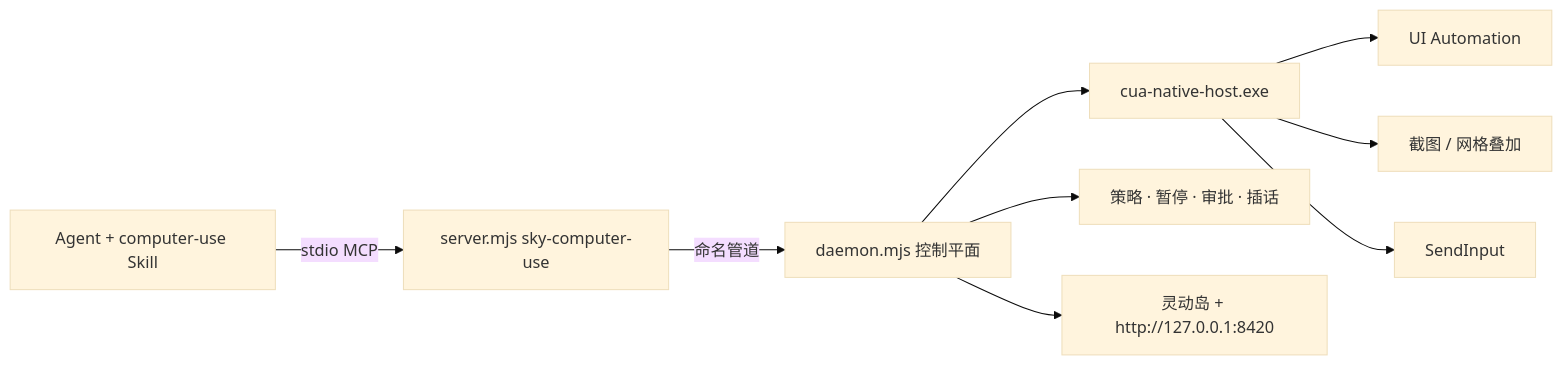
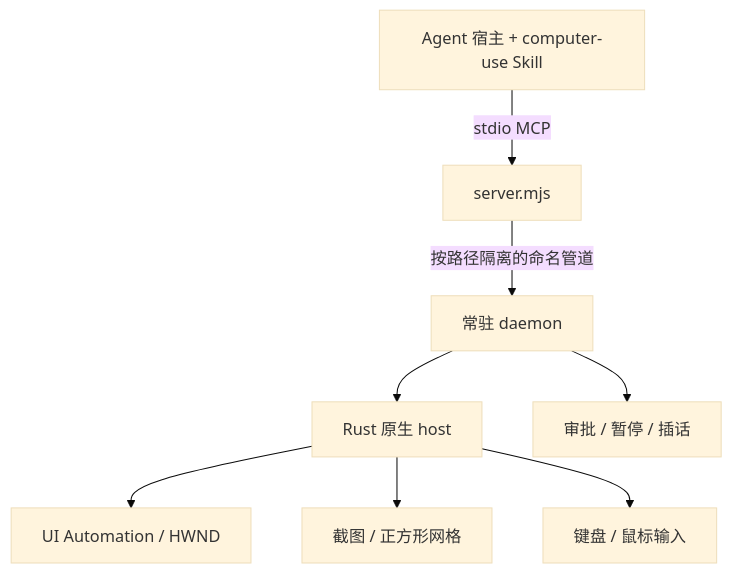
The diagram in README_zh.md (Guojiz/FastCUA), drawn with Mermaid (base theme) before and after one commit. The commit also changed other lines of this file and 22 other files, not shown here.

First line of the commit message:
docs: consolidate FastCUA and align product architecture (#5)

````diff
--- a/README_zh.md
+++ b/README_zh.md
@@ -76,11 +37,10 @@
 ```mermaid
-flowchart LR
-  A["Agent + computer-use Skill"] -->|"stdio MCP"| B["server.mjs sky-computer-use"]
-  B -->|"命名管道"| C["daemon.mjs 控制平面"]
-  C --> D["cua-native-host.exe"]
-  D --> E["UI Automation"]
-  D --> F["截图 / 网格叠加"]
-  D --> G["SendInput"]
-  C --> H["策略 · 暂停 · 审批 · 插话"]
-  C --> I["灵动岛 + http://127.0.0.1:8420"]
+flowchart TB
+  A["Agent 宿主 + computer-use Skill"] -->|"stdio MCP"| B["server.mjs"]
+  B -->|"按路径隔离的命名管道"| C["常驻 daemon"]
+  C --> D["Rust 原生 host"]
+  D --> E["UI Automation / HWND"]
+  D --> F["截图 / 正方形网格"]
+  D --> G["键盘 / 鼠标输入"]
+  C --> H["审批 / 暂停 / 插话"]
 ```
````
